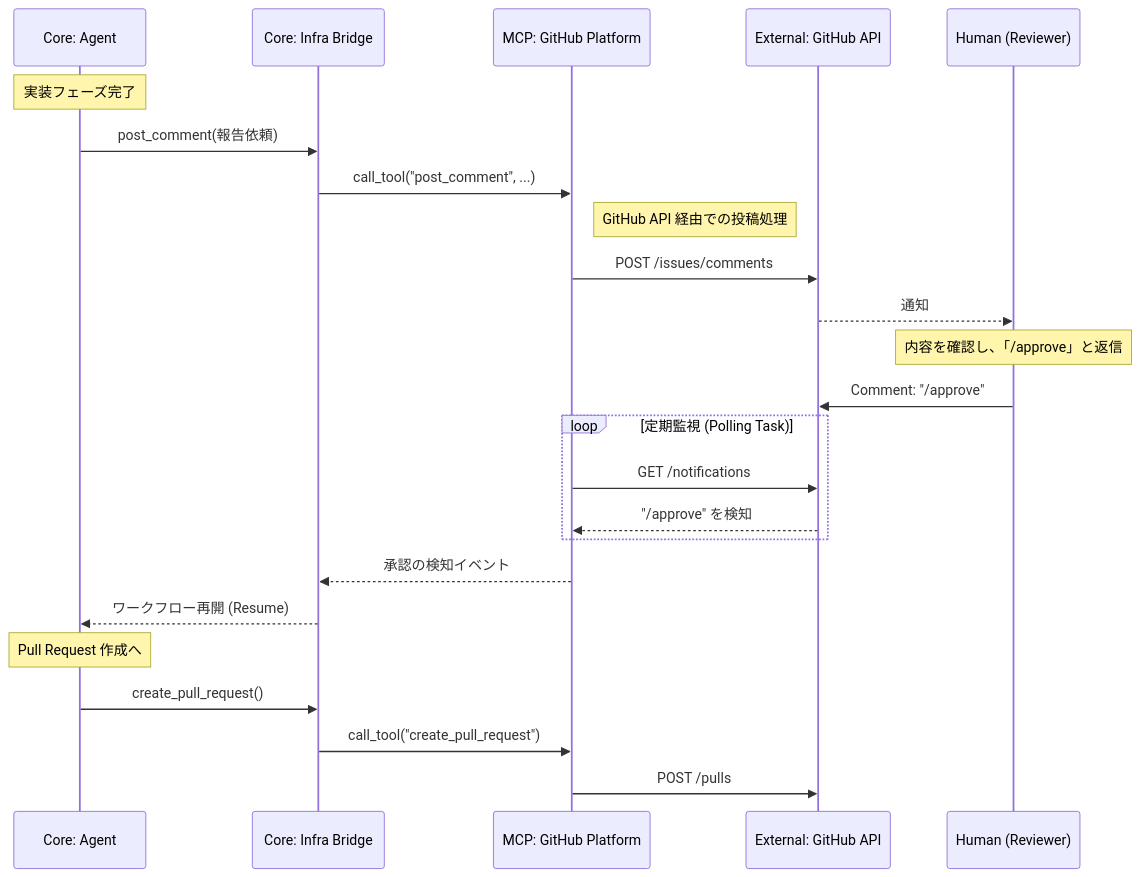
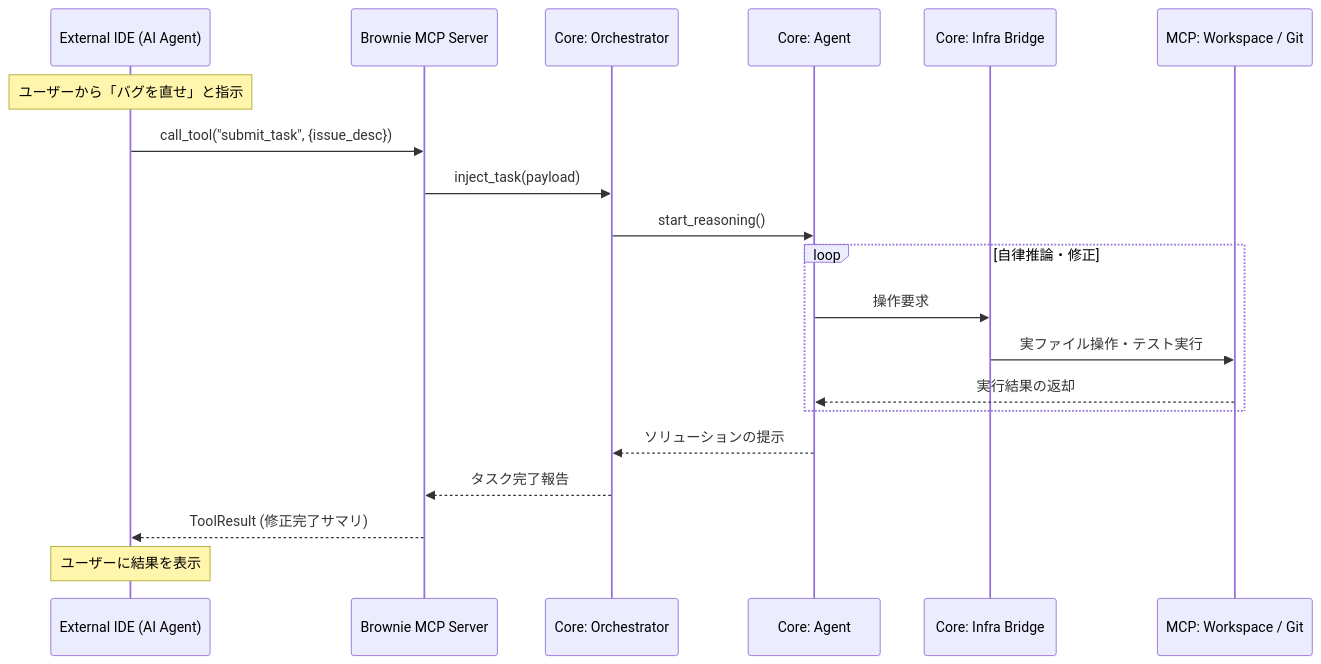
Before and after one commit to globalpocket/cingulater: the first of 3 diagrams in docs/architecture_v2.md, drawn with Mermaid. The commit also changed other lines of this file, not shown here.

Commit message:
docs: IDE/CLI/GitHub の全入力ルートを網羅したアーキテクチャ図 (V2) の確定

````diff
--- a/docs/architecture_v2.md
+++ b/docs/architecture_v2.md
@@ -11,32 +11,26 @@
 ```mermaid
 sequenceDiagram
+    participant IDE as External IDE (AI Agent)
+    participant BMCP as Brownie MCP Server
+    participant ORCH as Core: Orchestrator
     participant AGT as Core: Agent
     participant BRG as Core: Infra Bridge
-    participant GH as MCP: GitHub Platform
-    participant API as External: GitHub API
-    participant USR as Human (Reviewer)
+    participant WS as MCP: Workspace / Git
     
-    Note over AGT: 実装フェーズ完了
-    AGT->>BRG: post_comment(報告依頼)
+    Note over IDE: ユーザーから「バグを直せ」と指示
+    IDE->>BMCP: call_tool("submit_task", {issue_desc})
     
-    BRG->>GH: call_tool("post_comment", ...)
-    Note right of GH: GitHub API 経由での投稿処理
-    GH->>API: POST /issues/comments
-    API-->>USR: 通知
+    BMCP->>ORCH: inject_task(payload)
+    ORCH->>AGT: start_reasoning()
     
-    Note over USR: 内容を確認し、「/approve」と返信
-    USR->>API: Comment: "/approve"
-    
-    loop 定期監視 (Polling Task)
-        GH->>API: GET /notifications
-        API-->>GH: "/approve" を検知
+    loop 自律推論・修正
+        AGT->>BRG: 操作要求
+        BRG->>WS: 実ファイル操作・テスト実行
+        WS-->>AGT: 実行結果の返却
     end
     
-    GH-->>BRG: 承認の検知イベント
-    BRG-->>AGT: ワークフロー再開 (Resume)
-    
-    Note over AGT: Pull Request 作成へ
-    AGT->>BRG: create_pull_request()
-    BRG->>GH: call_tool("create_pull_request")
-    GH->>API: POST /pulls
+    AGT-->>ORCH: ソリューションの提示
+    ORCH-->>BMCP: タスク完了報告
+    BMCP-->>IDE: ToolResult (修正完了サマリ)
+    Note over IDE: ユーザーに結果を表示
 ```
````
